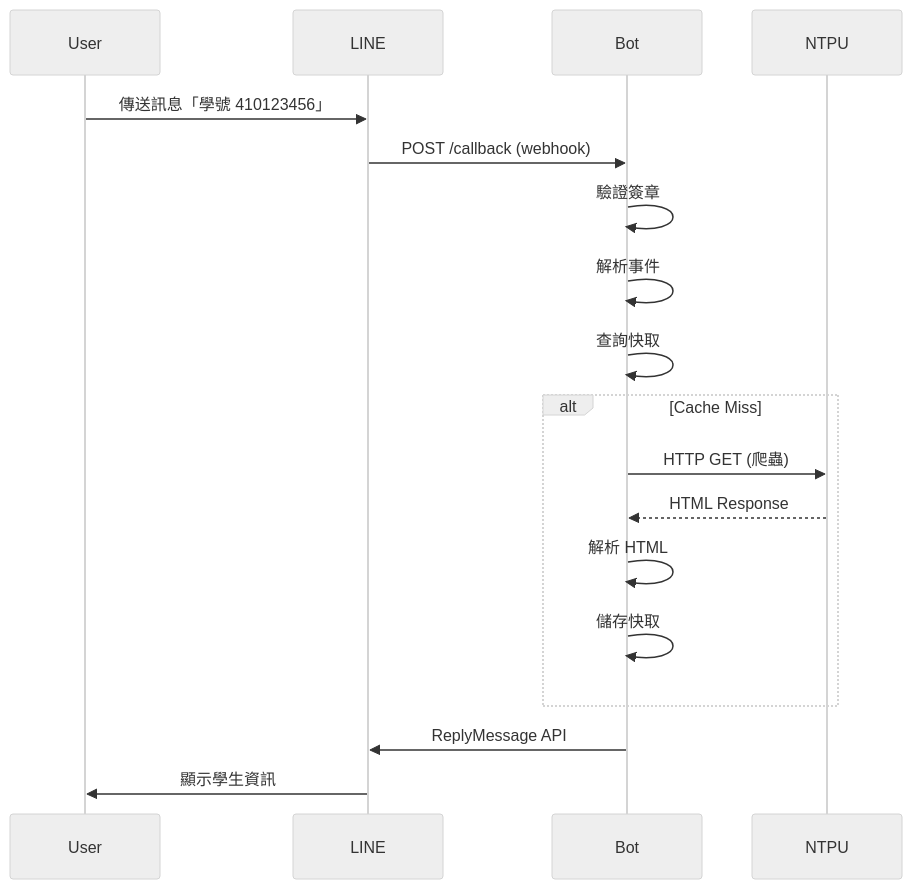
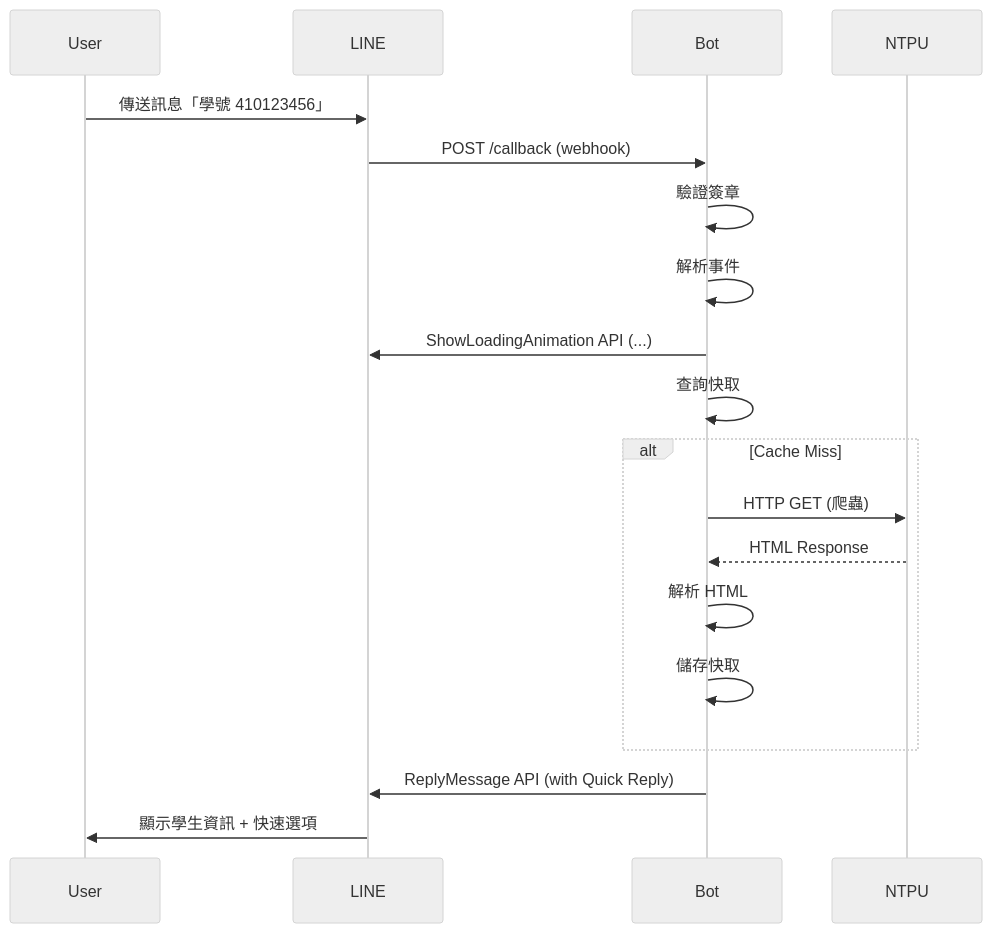
One commit to garyellow/ntpu-linebot-go changed the diagram in docs/API.md. Above: the diagram before and after it, drawn with Mermaid (neutral theme). The commit also changed other lines of this file and 9 other files, not shown here.

````diff
--- a/docs/API.md
+++ b/docs/API.md
@@ -251,21 +251,22 @@
 ```mermaid
 sequenceDiagram
     participant User
     participant LINE
     participant Bot
     participant NTPU
 
     User->>LINE: 傳送訊息「學號 410123456」
     LINE->>Bot: POST /callback (webhook)
     Bot->>Bot: 驗證簽章
     Bot->>Bot: 解析事件
+    Bot->>LINE: ShowLoadingAnimation API (...)
     Bot->>Bot: 查詢快取
     alt Cache Miss
         Bot->>NTPU: HTTP GET (爬蟲)
         NTPU-->>Bot: HTML Response
         Bot->>Bot: 解析 HTML
         Bot->>Bot: 儲存快取
     end
-    Bot->>LINE: ReplyMessage API
-    LINE->>User: 顯示學生資訊
+    Bot->>LINE: ReplyMessage API (with Quick Reply)
+    LINE->>User: 顯示學生資訊 + 快速選項
 ```
````
